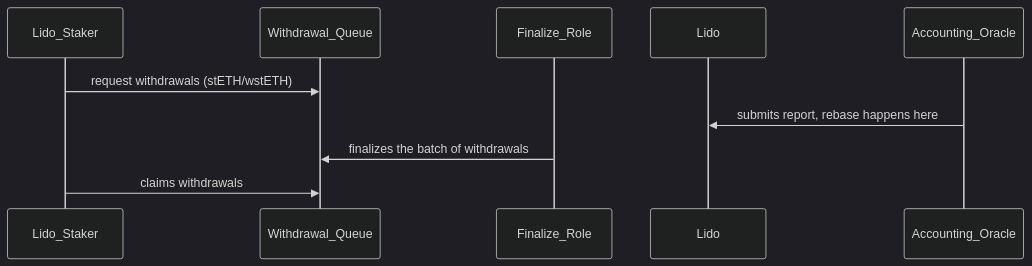
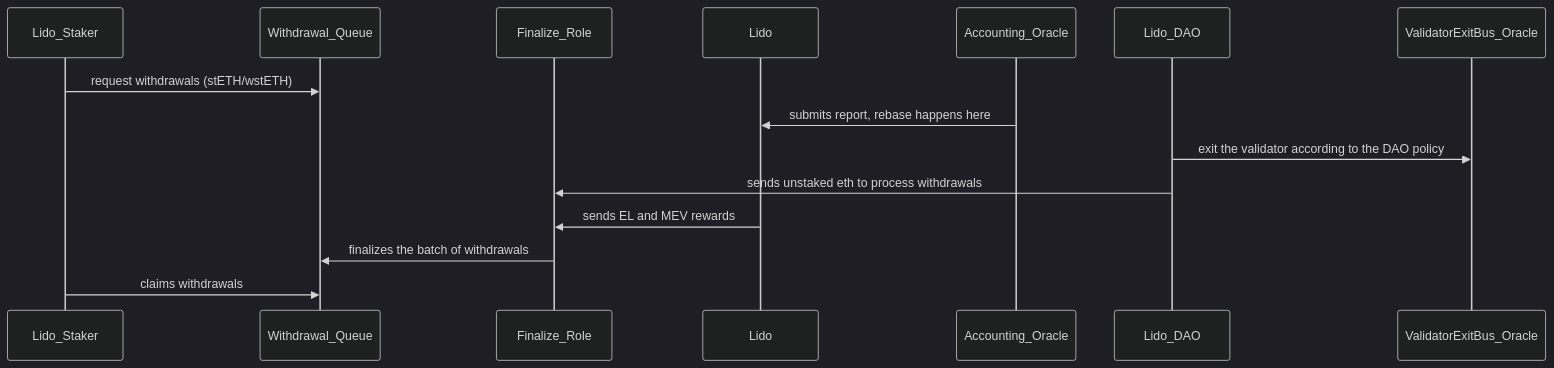
The diagram in Code4rena/Asymmetry/m_Rassska_Asymmetry_QA_report.md (Rassska/SoloAudits), drawn with Mermaid (dark theme) before and after one commit.

````diff
--- a/Code4rena/Asymmetry/m_Rassska_Asymmetry_QA_report.md
+++ b/Code4rena/Asymmetry/m_Rassska_Asymmetry_QA_report.md
@@ -29,12 +29,18 @@
     ```mermaid
     sequenceDiagram
         participant Lido_Staker
         participant Withdrawal_Queue
         participant Finalize_Role 
         participant Lido 
         participant Accounting_Oracle
+        participant Lido_DAO 
+        participant ValidatorExitBus_Oracle
+
         Lido_Staker->>Withdrawal_Queue: request withdrawals (stETH/wstETH)
         Accounting_Oracle->>Lido: submits report, rebase happens here
+        Lido_DAO->>ValidatorExitBus_Oracle: exit the validator according to the DAO policy
+        Lido_DAO->>Finalize_Role: sends unstaked eth to process withdrawals
+        Lido->>Finalize_Role: sends EL and MEV rewards
         Finalize_Role->>Withdrawal_Queue: finalizes the batch of withdrawals
         Lido_Staker->>Withdrawal_Queue: claims withdrawals
     ```
````
